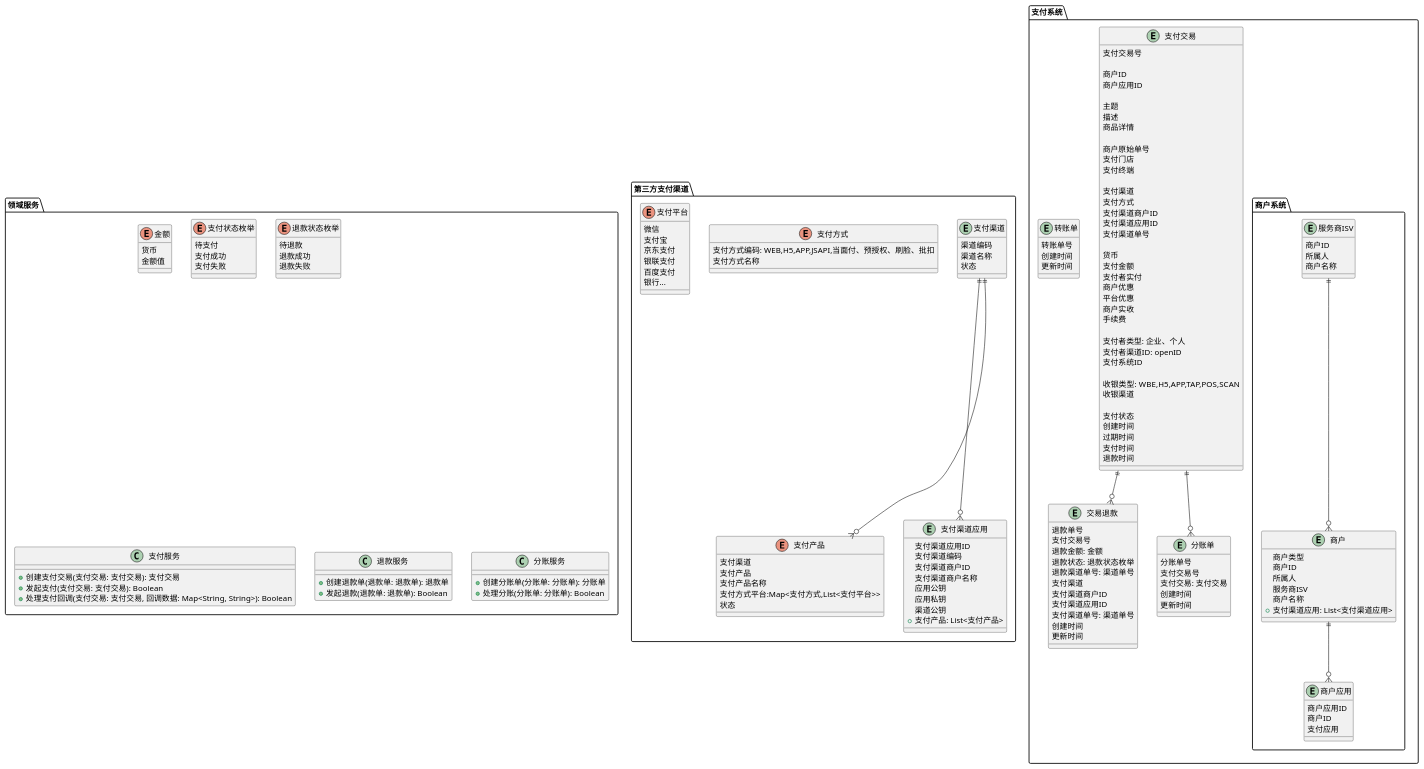
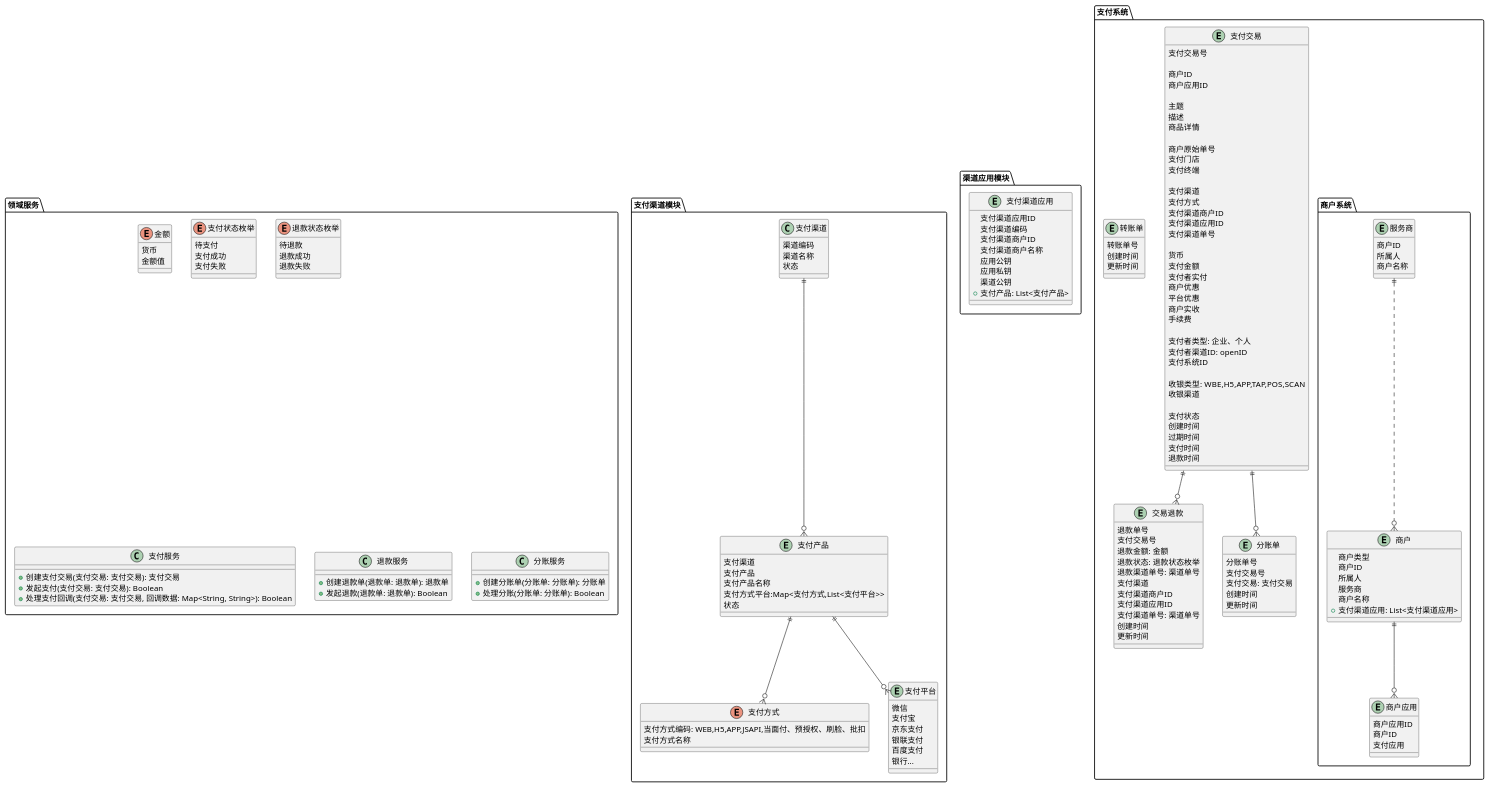
One commit to red-jasmine/payment changed the diagram in docs/领域模型.puml. Above: the diagram before and after it, drawn with PlantUML. The commit also changed 8 other files, not shown here.

```diff
--- a/docs/领域模型.puml
+++ b/docs/领域模型.puml
@@ -1,15 +1,15 @@
 @startuml
 'https://plantuml.com/class-diagram
 
-package 第三方支付渠道{
+package 支付渠道模块{
 
-    entity 支付渠道{
+    class 支付渠道{
         渠道编码
         渠道名称
         状态
     }
 
-    enum 支付产品 {
+    entity 支付产品 {
             支付渠道
             支付产品
             支付产品名称
@@ -20,7 +20,7 @@
         支付方式编码: WEB,H5,APP,JSAPI,当面付、预授权、刷脸、批扣
         支付方式名称
     }
-    enum 支付平台{
+    entity 支付平台{
         微信
         支付宝
         京东支付
@@ -28,6 +28,16 @@
         百度支付
         银行...
     }
+
+    支付渠道 ||--o{ 支付产品
+
+
+    支付产品 ||--o{ 支付平台
+    支付产品 ||--o{ 支付方式
+}
+
+
+package 渠道应用模块{
 
     entity 支付渠道应用{
         支付渠道应用ID
@@ -40,15 +50,13 @@
         +支付产品: List<支付产品>
     }
 
-    支付渠道 ||--o{ 支付产品
-    支付渠道 ||--o{ 支付渠道应用
 }
 
 package 支付系统{
 
     package 商户系统{
 
-        entity 服务商ISV{
+        entity 服务商{
                 商户ID
                 所属人
                 商户名称
@@ -58,7 +66,7 @@
                 商户类型
                 商户ID
                 所属人
-                服务商ISV
+                服务商
                 商户名称
                 +支付渠道应用: List<支付渠道应用>
             }
@@ -149,7 +157,7 @@
         更新时间
     }
 
-    服务商ISV ||--o{ 商户
+    服务商 ||..o{ 商户
     商户 ||--o{ 商户应用
 
 
```
